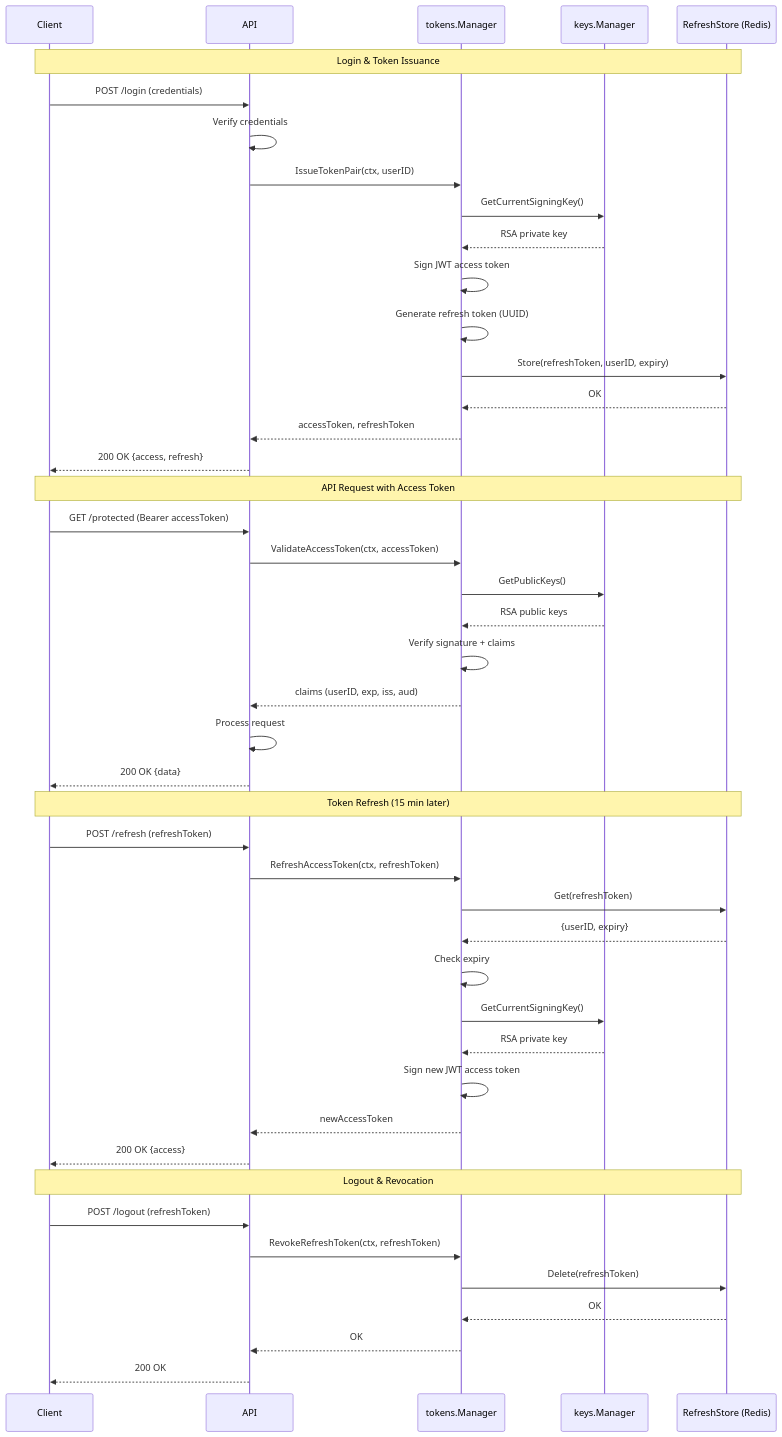
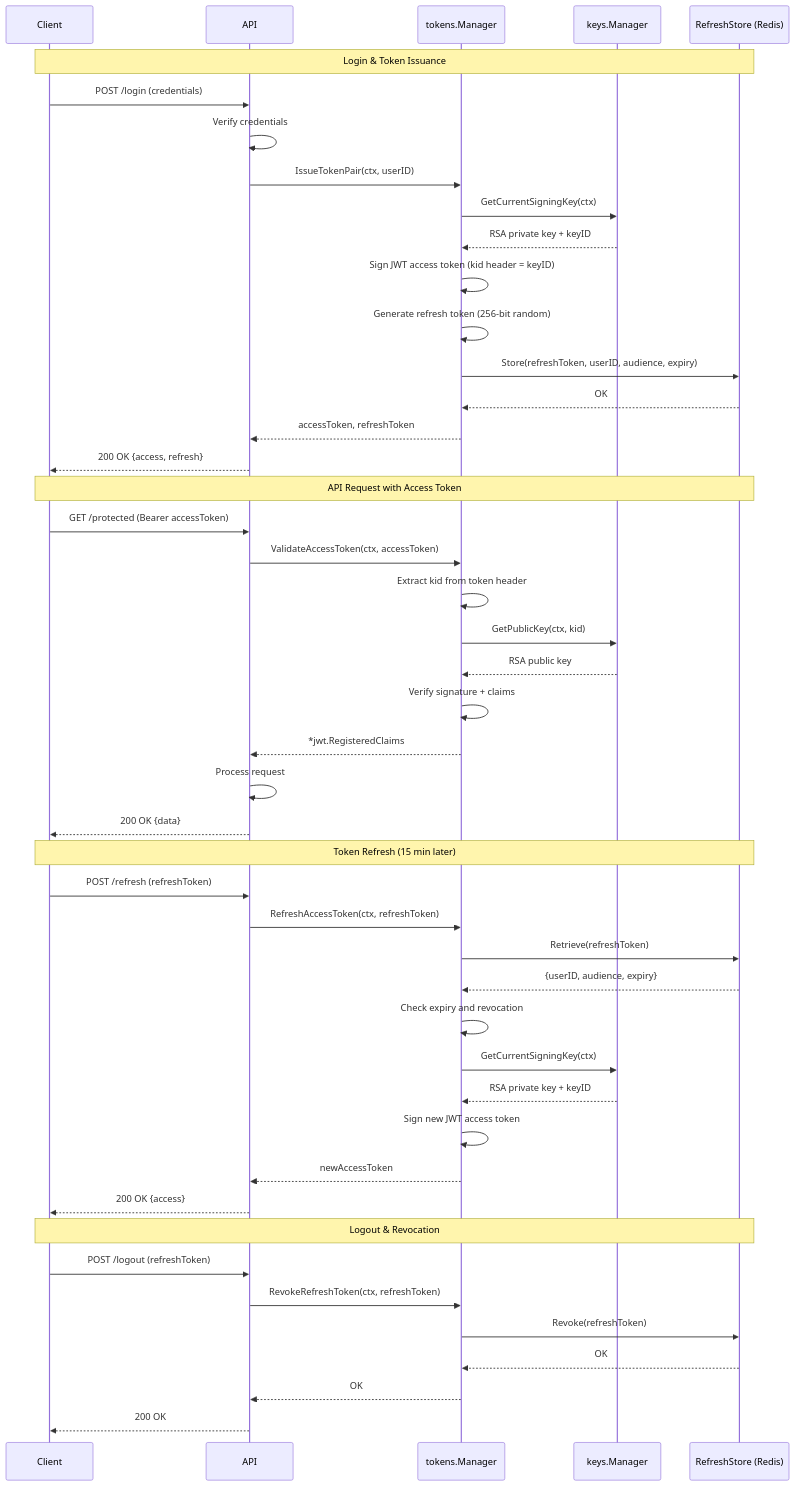
The third of 3 diagrams in README.md (aetomala/jwtauth), drawn with Mermaid before and after one commit. The commit also changed other lines of this file and 4 other files, not shown here.

````diff
--- a/README.md
+++ b/README.md
@@ -658,55 +658,56 @@
 ```mermaid
 sequenceDiagram
     participant Client
     participant API
     participant Manager as tokens.Manager
     participant KeyMgr as keys.Manager
     participant Redis as RefreshStore (Redis)
 
     Note over Client,Redis: Login & Token Issuance
     
     Client->>API: POST /login (credentials)
     API->>API: Verify credentials
     API->>Manager: IssueTokenPair(ctx, userID)
-    Manager->>KeyMgr: GetCurrentSigningKey()
-    KeyMgr-->>Manager: RSA private key
-    Manager->>Manager: Sign JWT access token
-    Manager->>Manager: Generate refresh token (UUID)
-    Manager->>Redis: Store(refreshToken, userID, expiry)
+    Manager->>KeyMgr: GetCurrentSigningKey(ctx)
+    KeyMgr-->>Manager: RSA private key + keyID
+    Manager->>Manager: Sign JWT access token (kid header = keyID)
+    Manager->>Manager: Generate refresh token (256-bit random)
+    Manager->>Redis: Store(refreshToken, userID, audience, expiry)
     Redis-->>Manager: OK
     Manager-->>API: accessToken, refreshToken
     API-->>Client: 200 OK {access, refresh}
 
     Note over Client,Redis: API Request with Access Token
     
     Client->>API: GET /protected (Bearer accessToken)
     API->>Manager: ValidateAccessToken(ctx, accessToken)
-    Manager->>KeyMgr: GetPublicKeys()
-    KeyMgr-->>Manager: RSA public keys
+    Manager->>Manager: Extract kid from token header
+    Manager->>KeyMgr: GetPublicKey(ctx, kid)
+    KeyMgr-->>Manager: RSA public key
     Manager->>Manager: Verify signature + claims
-    Manager-->>API: claims (userID, exp, iss, aud)
+    Manager-->>API: *jwt.RegisteredClaims
     API->>API: Process request
     API-->>Client: 200 OK {data}
 
     Note over Client,Redis: Token Refresh (15 min later)
     
     Client->>API: POST /refresh (refreshToken)
     API->>Manager: RefreshAccessToken(ctx, refreshToken)
-    Manager->>Redis: Get(refreshToken)
-    Redis-->>Manager: {userID, expiry}
-    Manager->>Manager: Check expiry
-    Manager->>KeyMgr: GetCurrentSigningKey()
-    KeyMgr-->>Manager: RSA private key
+    Manager->>Redis: Retrieve(refreshToken)
+    Redis-->>Manager: {userID, audience, expiry}
+    Manager->>Manager: Check expiry and revocation
+    Manager->>KeyMgr: GetCurrentSigningKey(ctx)
+    KeyMgr-->>Manager: RSA private key + keyID
     Manager->>Manager: Sign new JWT access token
     Manager-->>API: newAccessToken
     API-->>Client: 200 OK {access}
 
     Note over Client,Redis: Logout & Revocation
     
     Client->>API: POST /logout (refreshToken)
     API->>Manager: RevokeRefreshToken(ctx, refreshToken)
-    Manager->>Redis: Delete(refreshToken)
+    Manager->>Redis: Revoke(refreshToken)
     Redis-->>Manager: OK
     Manager-->>API: OK
     API-->>Client: 200 OK
 ```
````
